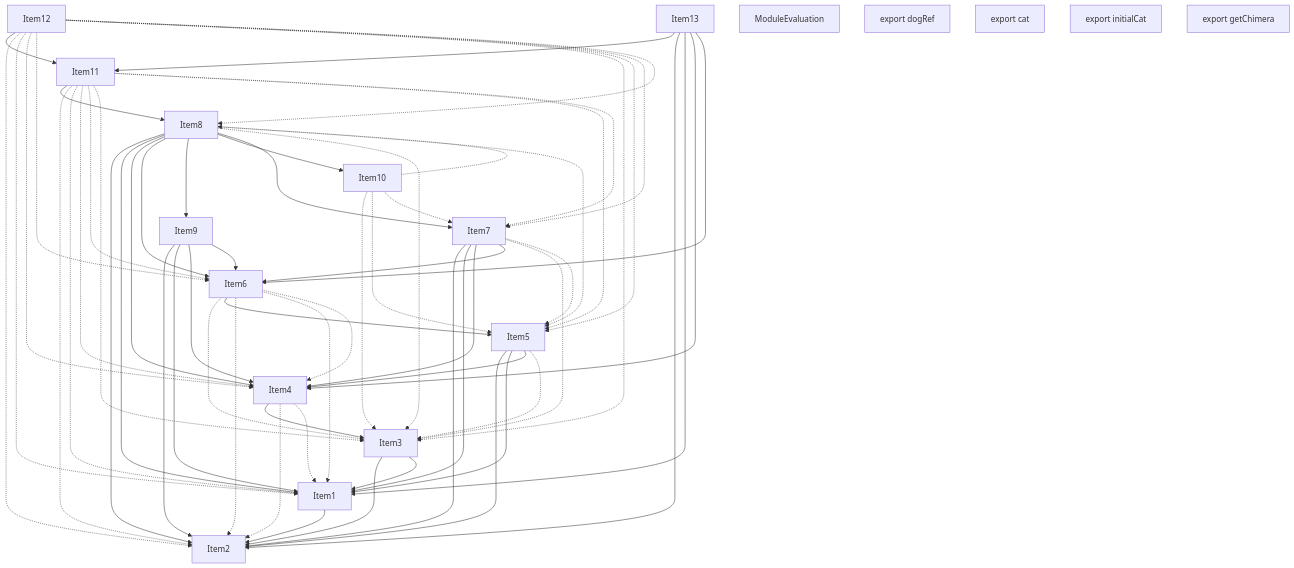
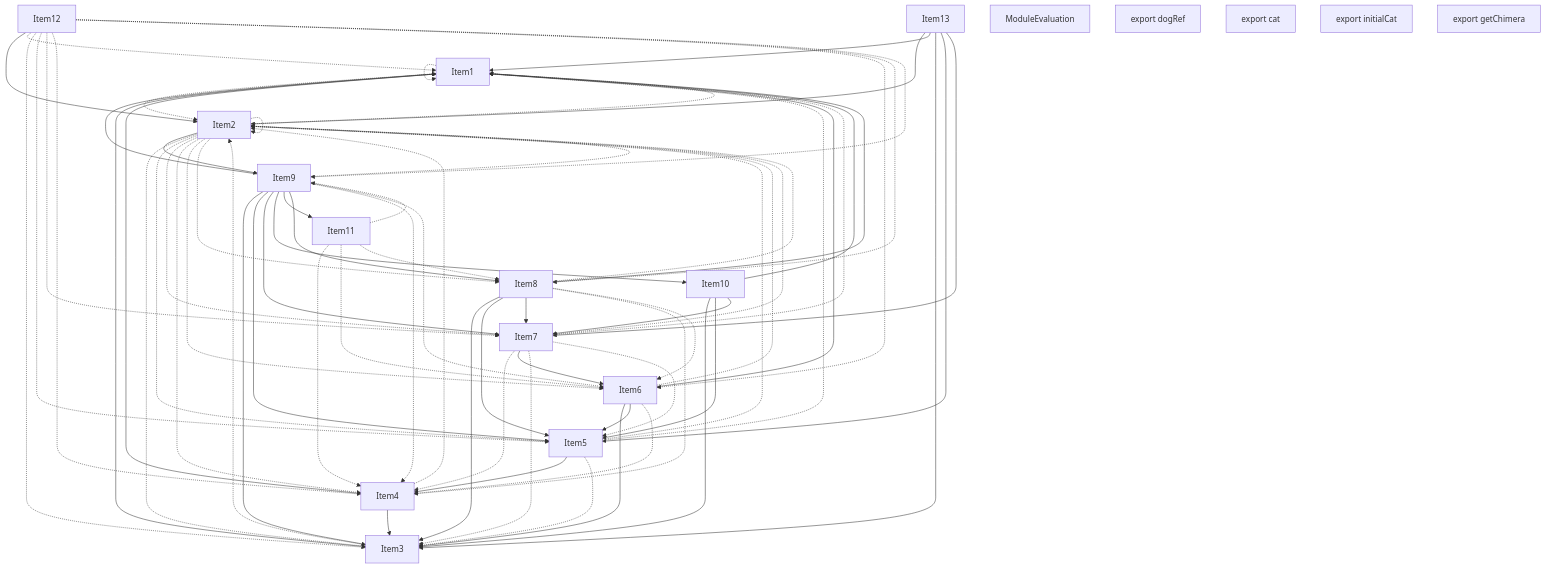
Before and after one commit to vercel/turborepo: the third of 4 diagrams in crates/turbopack-ecmascript/tests/tree-shaker/analyzer/complex/output.md, drawn with Mermaid. The commit also changed other lines of this file and 2 other files, not shown here.

````diff
--- a/crates/turbopack-ecmascript/tests/tree-shaker/analyzer/complex/output.md
+++ b/crates/turbopack-ecmascript/tests/tree-shaker/analyzer/complex/output.md
@@ -271,64 +281,74 @@
     Item17["export initialCat"];
     Item18;
     Item18["export getChimera"];
-    Item1 --> Item2;
-    Item3 --> Item2;
+    Item1 -.-> Item1;
+    Item1 -.-> Item2;
     Item3 --> Item1;
+    Item3 -.-> Item2;
+    Item4 --> Item1;
     Item4 --> Item3;
     Item4 -.-> Item2;
-    Item4 -.-> Item1;
-    Item5 --> Item2;
-    Item5 --> Item1;
     Item5 --> Item4;
+    Item5 -.-> Item1;
     Item5 -.-> Item3;
-    Item6 -.-> Item3;
+    Item5 -.-> Item2;
+    Item6 --> Item1;
+    Item6 --> Item3;
     Item6 --> Item5;
+    Item6 -.-> Item4;
     Item6 -.-> Item2;
-    Item6 -.-> Item1;
-    Item6 -.-> Item4;
-    Item7 --> Item2;
-    Item7 --> Item1;
-    Item7 --> Item4;
+    Item7 -.-> Item4;
     Item7 --> Item6;
+    Item7 -.-> Item1;
     Item7 -.-> Item3;
     Item7 -.-> Item5;
-    Item8 --> Item2;
+    Item7 -.-> Item2;
     Item8 --> Item1;
-    Item8 --> Item4;
-    Item8 --> Item6;
-    Item8 --> Item9;
-    Item8 --> Item10;
+    Item8 --> Item3;
+    Item8 --> Item5;
     Item8 --> Item7;
-    Item8 -.-> Item3;
-    Item8 -.-> Item5;
-    Item11 --> Item8;
-    Item11 -.-> Item2;
-    Item11 -.-> Item1;
-    Item11 -.-> Item4;
-    Item11 -.-> Item6;
-    Item11 -.-> Item3;
-    Item11 -.-> Item5;
-    Item11 -.-> Item7;
-    Item12 --> Item11;
-    Item12 -.-> Item2;
+    Item8 -.-> Item4;
+    Item8 -.-> Item6;
+    Item8 -.-> Item2;
+    Item9 --> Item1;
+    Item9 --> Item3;
+    Item9 --> Item5;
+    Item9 --> Item7;
+    Item9 --> Item10;
+    Item9 --> Item11;
+    Item9 --> Item8;
+    Item9 -.-> Item4;
+    Item9 -.-> Item6;
+    Item9 -.-> Item2;
+    Item2 --> Item9;
+    Item2 -.-> Item1;
+    Item2 -.-> Item3;
+    Item2 -.-> Item5;
+    Item2 -.-> Item7;
+    Item2 -.-> Item4;
+    Item2 -.-> Item6;
+    Item2 -.-> Item8;
+    Item2 -.-> Item2;
+    Item12 --> Item2;
     Item12 -.-> Item1;
-    Item12 -.-> Item4;
-    Item12 -.-> Item6;
     Item12 -.-> Item3;
     Item12 -.-> Item5;
     Item12 -.-> Item7;
+    Item12 -.-> Item4;
+    Item12 -.-> Item6;
     Item12 -.-> Item8;
-    Item9 --> Item2;
-    Item9 --> Item1;
-    Item9 --> Item4;
-    Item9 --> Item6;
-    Item10 -.-> Item3;
-    Item10 -.-> Item5;
-    Item10 -.-> Item7;
-    Item10 -.-> Item8;
-    Item13 --> Item11;
+    Item12 -.-> Item9;
+    Item10 --> Item1;
+    Item10 --> Item3;
+    Item10 --> Item5;
+    Item10 --> Item7;
+    Item11 -.-> Item4;
+    Item11 -.-> Item6;
+    Item11 -.-> Item8;
+    Item11 -.-> Item9;
     Item13 --> Item2;
     Item13 --> Item1;
-    Item13 --> Item4;
-    Item13 --> Item6;
+    Item13 --> Item3;
+    Item13 --> Item5;
+    Item13 --> Item7;
 ```
````
